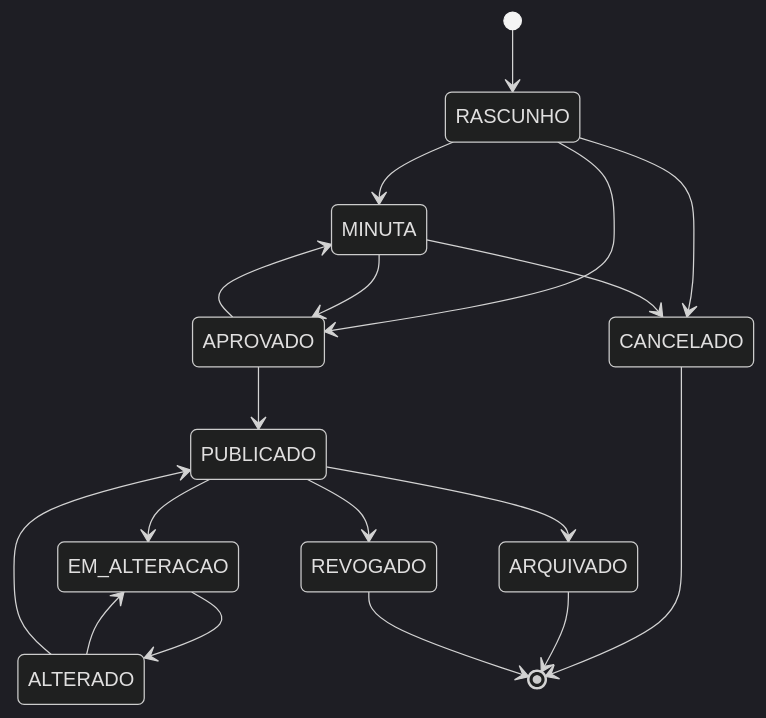
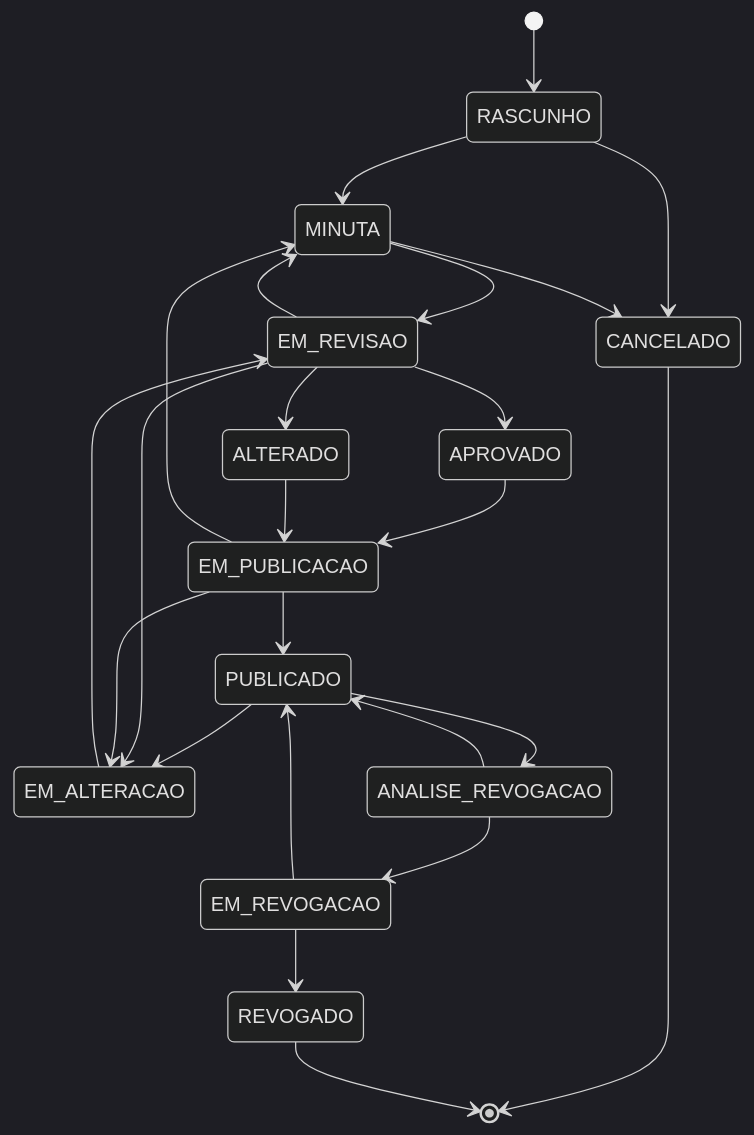
Before and after one commit to danielchipolesch/fab-legis: the diagram in docs/ciclo-de-vida.md, drawn with Mermaid (dark theme). The commit also changed other lines of this file and 41 other files, not shown here.

````diff
--- a/docs/ciclo-de-vida.md
+++ b/docs/ciclo-de-vida.md
@@ -5,20 +5,26 @@
 ```mermaid
 stateDiagram-v2
     [*] --> RASCUNHO
     RASCUNHO --> MINUTA
-    RASCUNHO --> APROVADO
     RASCUNHO --> CANCELADO
-    MINUTA --> APROVADO
+    MINUTA --> EM_REVISAO
     MINUTA --> CANCELADO
-    APROVADO --> MINUTA
-    APROVADO --> PUBLICADO
+    EM_REVISAO --> APROVADO
+    EM_REVISAO --> MINUTA
+    APROVADO --> EM_PUBLICACAO
+    EM_PUBLICACAO --> PUBLICADO
+    EM_PUBLICACAO --> MINUTA
     PUBLICADO --> EM_ALTERACAO
-    PUBLICADO --> ARQUIVADO
-    PUBLICADO --> REVOGADO
-    EM_ALTERACAO --> ALTERADO
-    ALTERADO --> EM_ALTERACAO
-    ALTERADO --> PUBLICADO
+    PUBLICADO --> ANALISE_REVOGACAO
+    EM_ALTERACAO --> EM_REVISAO
+    EM_REVISAO --> ALTERADO
+    EM_REVISAO --> EM_ALTERACAO
+    ALTERADO --> EM_PUBLICACAO
+    EM_PUBLICACAO --> EM_ALTERACAO
+    ANALISE_REVOGACAO --> EM_REVOGACAO
+    ANALISE_REVOGACAO --> PUBLICADO
+    EM_REVOGACAO --> REVOGADO
+    EM_REVOGACAO --> PUBLICADO
     CANCELADO --> [*]
-    ARQUIVADO --> [*]
     REVOGADO --> [*]
 ```
````
